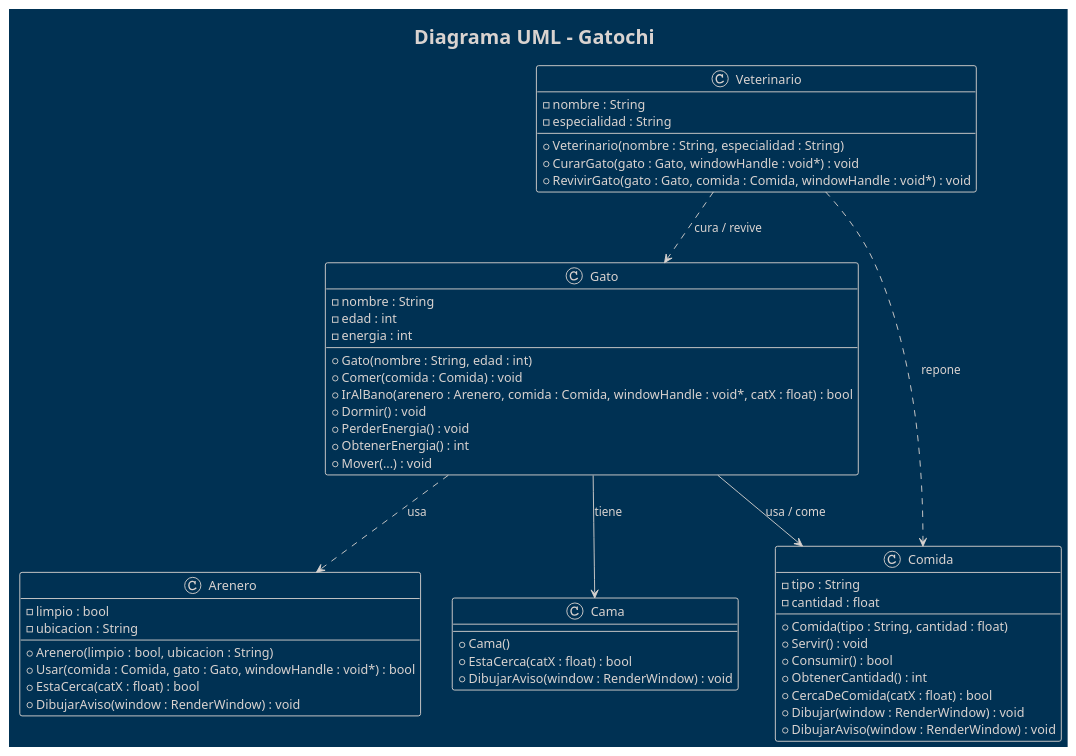
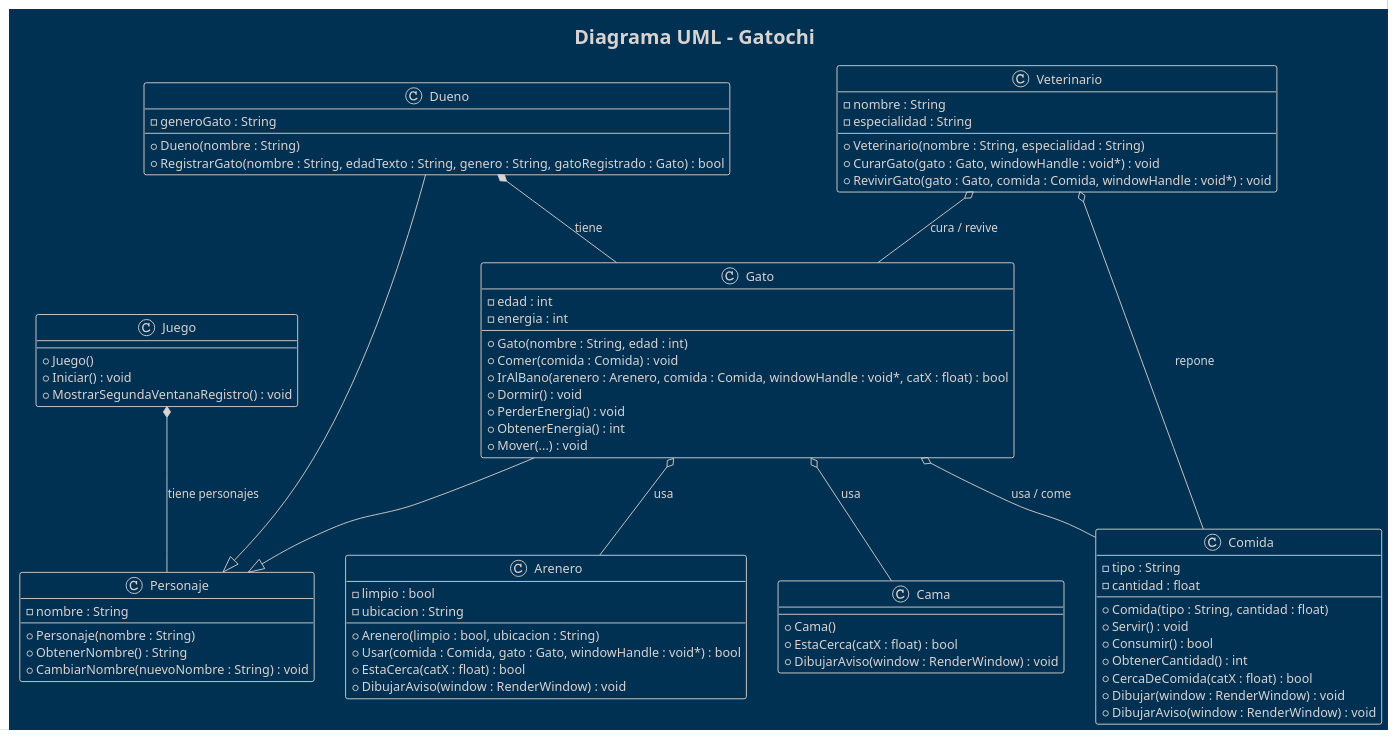
The diagram in docs/Gatochi.puml (Geo-23-paolo/g), drawn with PlantUML before and after one commit. The commit also changed 13 other files, not shown here.

Commit message:
Diagrama actualizacion y Headers

```diff
--- a/docs/Gatochi.puml
+++ b/docs/Gatochi.puml
@@ -1,67 +1,93 @@
 @startuml Gatochi
 
 !theme blueprint
 
 title Diagrama UML - Gatochi
 
+class Juego {
+    + Juego()
+    + Iniciar() : void
+    + MostrarSegundaVentanaRegistro() : void
+}
+
+class Personaje {
+    - nombre : String
+
+    + Personaje(nombre : String)
+    + ObtenerNombre() : String
+    + CambiarNombre(nuevoNombre : String) : void
+}
+
+class Dueno {
+    - generoGato : String
+
+    + Dueno(nombre : String)
+    + RegistrarGato(nombre : String, edadTexto : String, genero : String, gatoRegistrado : Gato) : bool
+}
+
+
 class Gato {
-    - nombre : String
     - edad : int
     - energia : int
 
     + Gato(nombre : String, edad : int)
     + Comer(comida : Comida) : void
     + IrAlBano(arenero : Arenero, comida : Comida, windowHandle : void*, catX : float) : bool
     + Dormir() : void
     + PerderEnergia() : void
     + ObtenerEnergia() : int
     + Mover(...) : void
 }
 
 class Comida {
     - tipo : String
     - cantidad : float
 
     + Comida(tipo : String, cantidad : float)
     + Servir() : void
     + Consumir() : bool
     + ObtenerCantidad() : int
     + CercaDeComida(catX : float) : bool
     + Dibujar(window : RenderWindow) : void
     + DibujarAviso(window : RenderWindow) : void
 }
 
 class Arenero {
     - limpio : bool
     - ubicacion : String
 
     + Arenero(limpio : bool, ubicacion : String)
     + Usar(comida : Comida, gato : Gato, windowHandle : void*) : bool
     + EstaCerca(catX : float) : bool
     + DibujarAviso(window : RenderWindow) : void
 }
 
 class Cama {
     + Cama()
     + EstaCerca(catX : float) : bool
     + DibujarAviso(window : RenderWindow) : void
 }
 
 class Veterinario {
     - nombre : String
     - especialidad : String
 
     + Veterinario(nombre : String, especialidad : String)
     + CurarGato(gato : Gato, windowHandle : void*) : void
     + RevivirGato(gato : Gato, comida : Comida, windowHandle : void*) : void
 }
 
 ' ===== RELACIONES =====
 
-Gato --> Comida : usa / come
-Gato ..> Arenero : usa
-Gato --> Cama : tiene
-Veterinario ..> Gato : cura / revive
-Veterinario ..> Comida : repone
+
+Juego *-- Personaje : tiene personajes
+Gato --|> Personaje
+Dueno --|> Personaje
+Dueno *-- Gato : tiene
+Gato o-- Comida : usa / come
+Gato o-- Arenero : usa
+Gato o-- Cama : usa
+Veterinario o-- Gato : cura / revive
+Veterinario o-- Comida : repone
 
 @enduml
```
